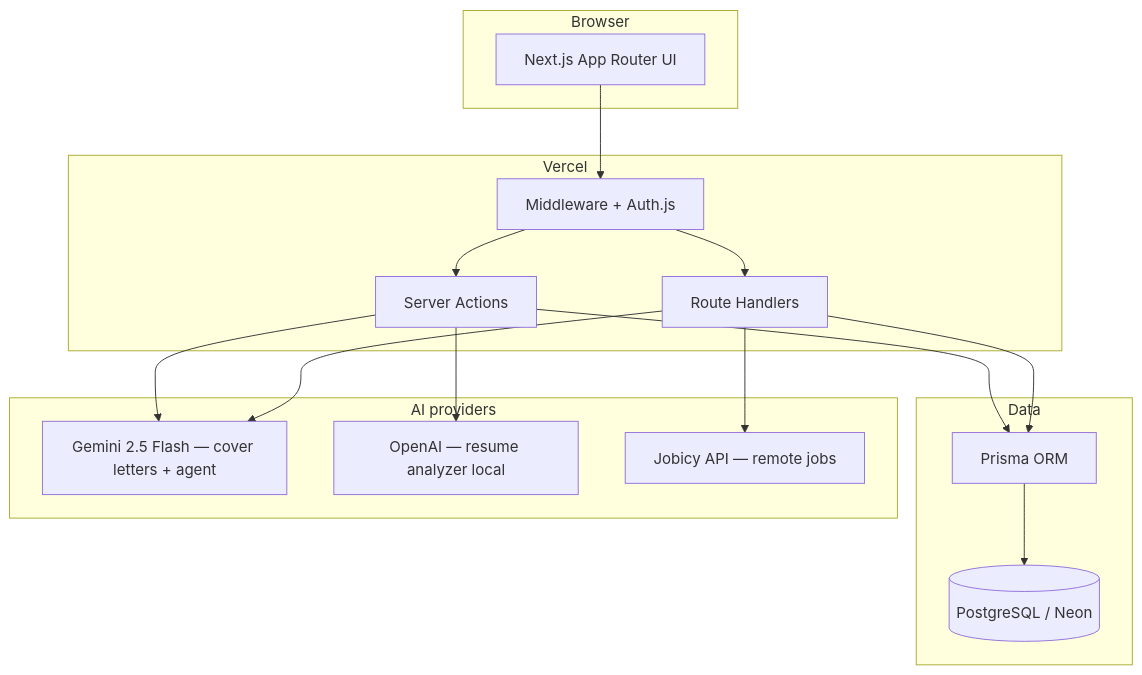
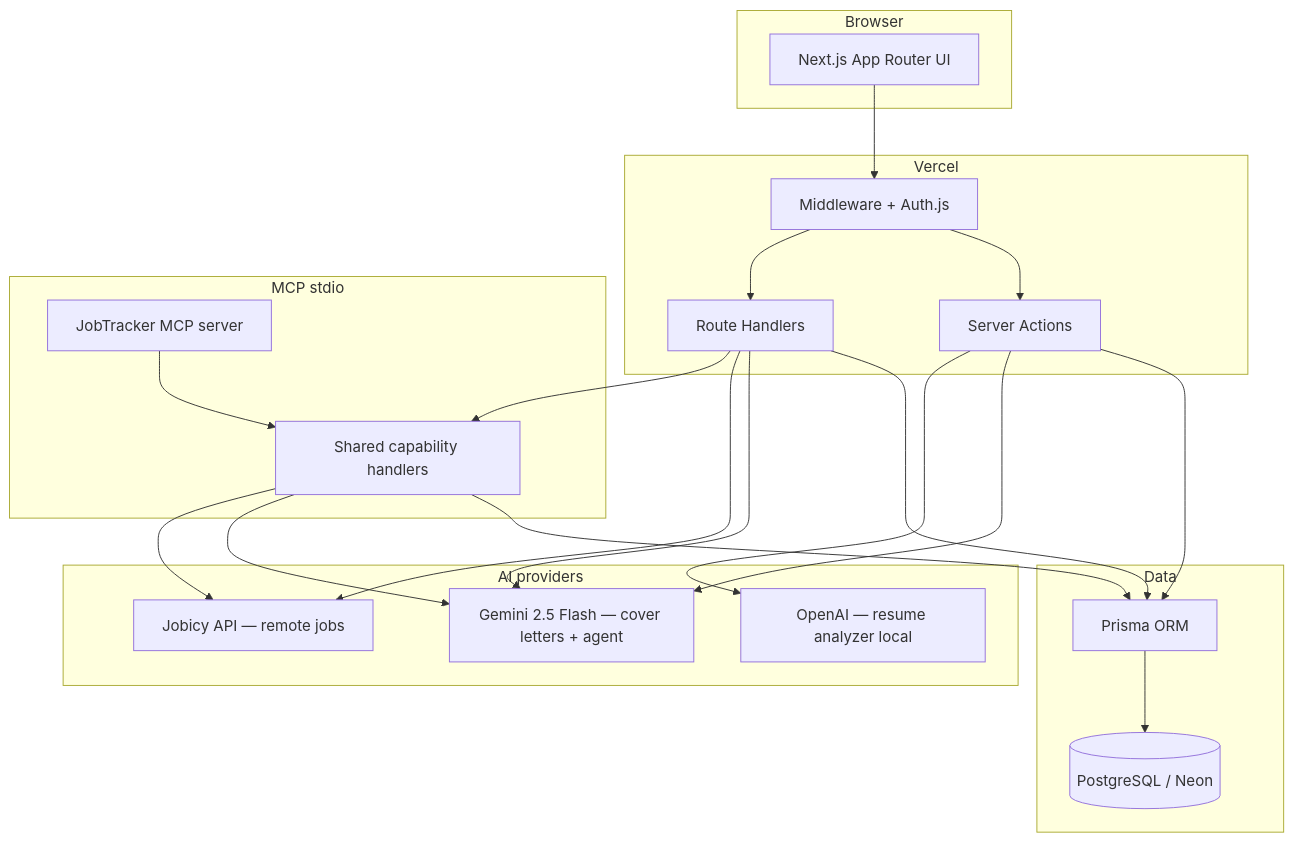
The diagram in README.md (ahmedmustaf103-dot/jobtracker-ai), drawn with Mermaid before and after one commit. The commit also changed other lines of this file and 16 other files, not shown here.

First line of the commit message:
feat: add JobTracker MCP server over shared capabilities

````diff
--- a/README.md
+++ b/README.md
@@ -58,34 +58,44 @@
 ```mermaid
 flowchart TB
   subgraph client [Browser]
     UI[Next.js App Router UI]
   end
 
   subgraph vercel [Vercel]
     SA[Server Actions]
     API[Route Handlers]
     MW[Middleware + Auth.js]
   end
 
   subgraph data [Data]
     PG[(PostgreSQL / Neon)]
     Prisma[Prisma ORM]
   end
 
   subgraph ai [AI providers]
     Gemini[Gemini 2.5 Flash — cover letters + agent]
     OpenAI[OpenAI — resume analyzer local]
     Jobicy[Jobicy API — remote jobs]
   end
 
+  subgraph mcp [MCP stdio]
+    McpServer[JobTracker MCP server]
+    Caps[Shared capability handlers]
+  end
+
   UI --> MW
   MW --> SA
   MW --> API
   SA --> Prisma
   API --> Prisma
   Prisma --> PG
   SA --> Gemini
   SA --> OpenAI
   API --> Gemini
   API --> Jobicy
+  API --> Caps
+  McpServer --> Caps
+  Caps --> Prisma
+  Caps --> Gemini
+  Caps --> Jobicy
 ```
````
